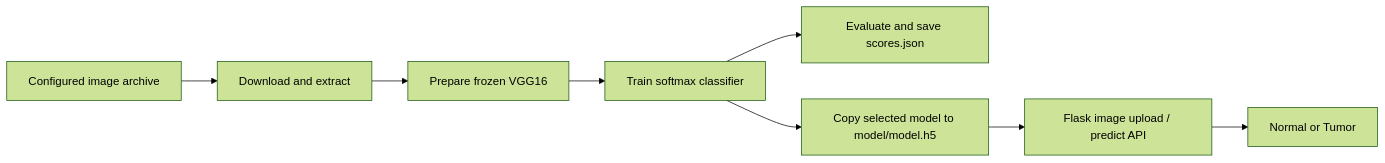
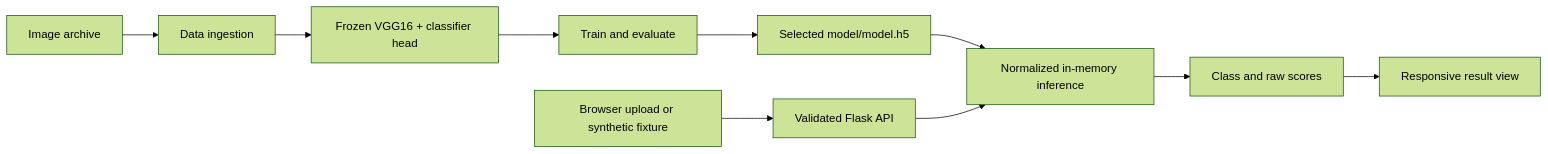
One commit to vams2krish/DL-Kidney-CT-Classification changed the diagram in README.md. Above: the diagram before and after it, drawn with Mermaid (forest theme). The commit also changed other lines of this file and 25 other files, not shown here.

````diff
--- a/README.md
+++ b/README.md
@@ -42,10 +87,12 @@
 ```mermaid
 flowchart LR
-    A[Configured image archive] --> B[Download and extract]
-    B --> C[Prepare frozen VGG16]
-    C --> D[Train softmax classifier]
-    D --> E[Evaluate and save scores.json]
-    D --> F[Copy selected model to model/model.h5]
-    F --> G[Flask image upload / predict API]
-    G --> H[Normal or Tumor]
+    A[Image archive] --> B[Data ingestion]
+    B --> C[Frozen VGG16 + classifier head]
+    C --> D[Train and evaluate]
+    D --> E[Selected model/model.h5]
+    F[Browser upload or synthetic fixture] --> G[Validated Flask API]
+    E --> H[Normalized in-memory inference]
+    G --> H
+    H --> I[Class and raw scores]
+    I --> J[Responsive result view]
 ```
````
